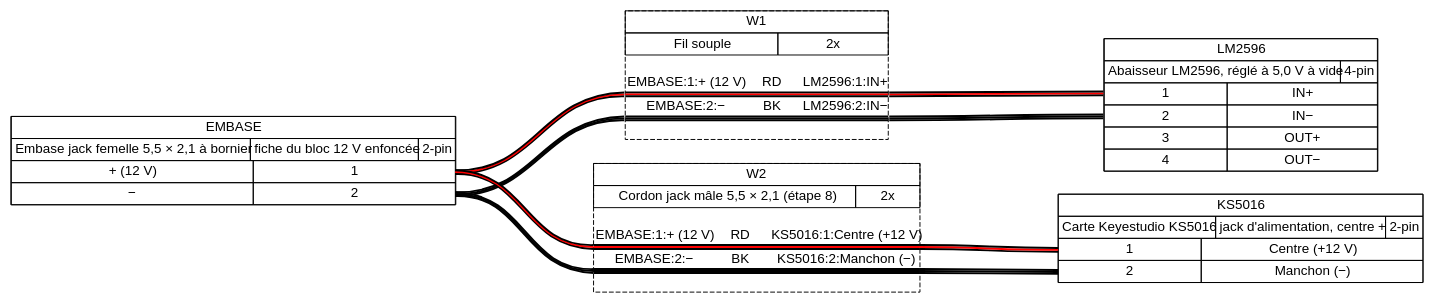
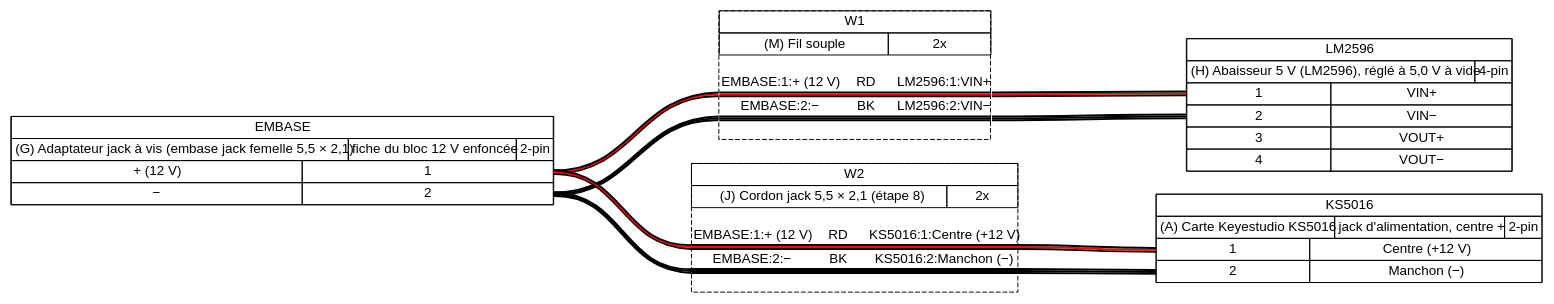
Before and after one commit to sskorupski/ssk-terrarium: the diagram in docs/notice/phase-1/alimentation.gv, drawn with Graphviz. The commit also changed 32 other files, not shown here.

```diff
--- a/docs/notice/phase-1/alimentation.gv
+++ b/docs/notice/phase-1/alimentation.gv
@@ -13,7 +13,7 @@
  </td></tr>
  <tr><td>
   <table border="0" cellspacing="0" cellpadding="3" cellborder="1"><tr>
-   <td balign="left">Embase jack femelle 5,5 × 2,1 à bornier</td>
+   <td balign="left">(G) Adaptateur jack à vis (embase jack femelle 5,5 × 2,1)</td>
    <td balign="left">fiche du bloc 12 V enfoncée</td>
    <td balign="left">2-pin</td>
   </tr></table>
@@ -41,7 +41,7 @@
  </td></tr>
  <tr><td>
   <table border="0" cellspacing="0" cellpadding="3" cellborder="1"><tr>
-   <td balign="left">Abaisseur LM2596, réglé à 5,0 V à vide</td>
+   <td balign="left">(H) Abaisseur 5 V (LM2596), réglé à 5,0 V à vide</td>
    <td balign="left">4-pin</td>
   </tr></table>
  </td></tr>
@@ -49,19 +49,19 @@
   <table border="0" cellspacing="0" cellpadding="3" cellborder="1">
    <tr>
     <td port="p1l">1</td>
-    <td>IN+</td>
+    <td>VIN+</td>
    </tr>
    <tr>
     <td port="p2l">2</td>
-    <td>IN−</td>
+    <td>VIN−</td>
    </tr>
    <tr>
     <td port="p3l">3</td>
-    <td>OUT+</td>
+    <td>VOUT+</td>
    </tr>
    <tr>
     <td port="p4l">4</td>
-    <td>OUT−</td>
+    <td>VOUT−</td>
    </tr>
   </table>
  </td></tr>
@@ -76,7 +76,7 @@
  </td></tr>
  <tr><td>
   <table border="0" cellspacing="0" cellpadding="3" cellborder="1"><tr>
-   <td balign="left">Carte Keyestudio KS5016</td>
+   <td balign="left">(A) Carte Keyestudio KS5016</td>
    <td balign="left">jack d'alimentation, centre +</td>
    <td balign="left">2-pin</td>
   </tr></table>
@@ -110,7 +110,7 @@
  </td></tr>
  <tr><td>
   <table border="0" cellspacing="0" cellpadding="3" cellborder="1"><tr>
-   <td balign="left">Fil souple</td>
+   <td balign="left">(M) Fil souple</td>
    <td balign="left">2x</td>
   </tr></table>
  </td></tr>
@@ -122,7 +122,7 @@
     <td>
      RD
     </td>
-    <td>LM2596:1:IN+</td>
+    <td>LM2596:1:VIN+</td>
    </tr>
    <tr>
     <td colspan="3" border="0" cellspacing="0" cellpadding="0" port="w1" height="6">
@@ -138,7 +138,7 @@
     <td>
      BK
     </td>
-    <td>LM2596:2:IN−</td>
+    <td>LM2596:2:VIN−</td>
    </tr>
    <tr>
     <td colspan="3" border="0" cellspacing="0" cellpadding="0" port="w2" height="6">
@@ -169,7 +169,7 @@
  </td></tr>
  <tr><td>
   <table border="0" cellspacing="0" cellpadding="3" cellborder="1"><tr>
-   <td balign="left">Cordon jack mâle 5,5 × 2,1 (étape 8)</td>
+   <td balign="left">(J) Cordon jack 5,5 × 2,1 (étape 8)</td>
    <td balign="left">2x</td>
   </tr></table>
  </td></tr>
```
